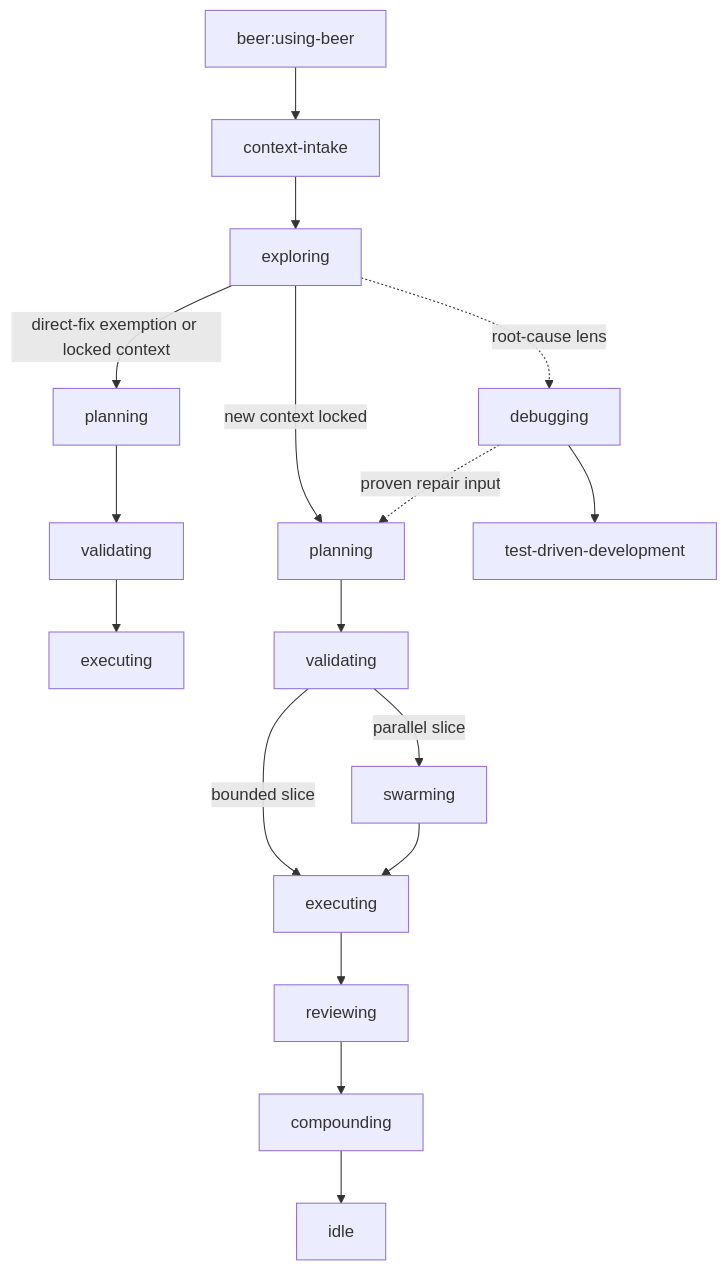
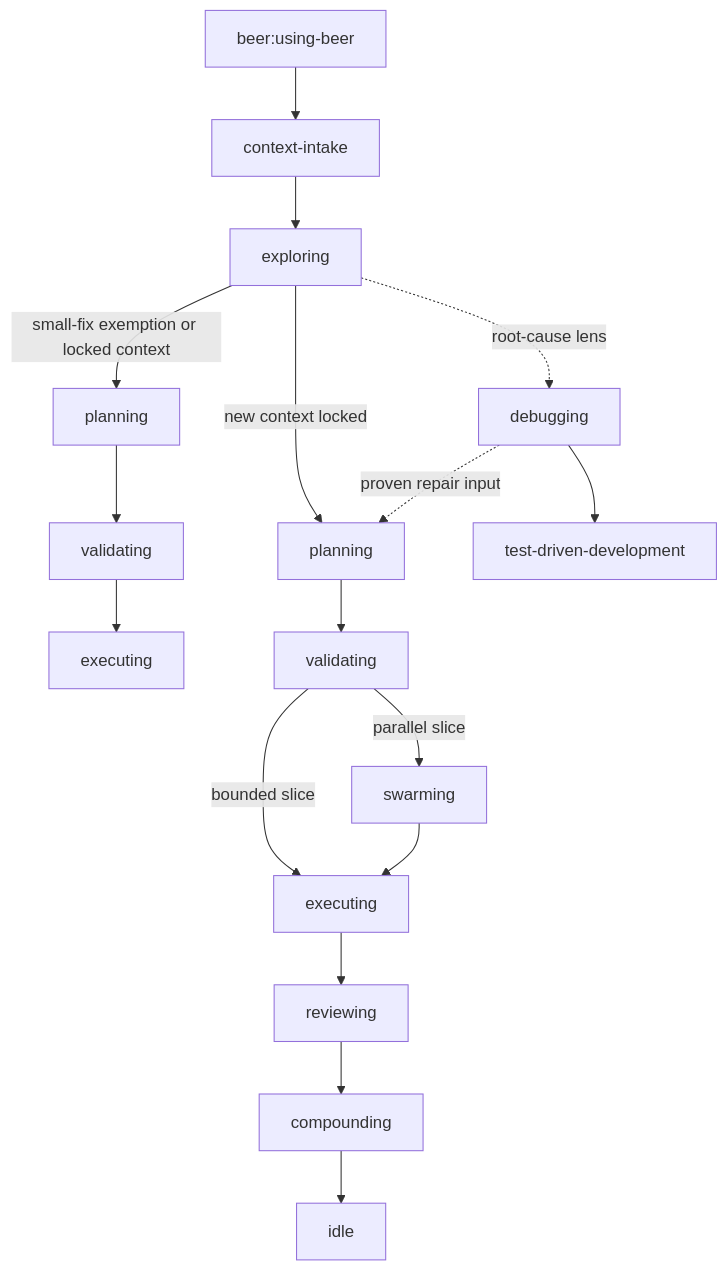
Before and after one commit to Huy-04/beer-skills: the diagram in README.md, drawn with Mermaid. The commit also changed 261 other files, not shown here.

````diff
--- a/README.md
+++ b/README.md
@@ -104,20 +104,20 @@
 ```mermaid
 flowchart TD
     U[beer:using-beer] --> C[context-intake]
     C --> X[exploring]
-    X -->|direct-fix exemption or locked context| P[planning]
+    X -->|small-fix exemption or locked context| P[planning]
     X -->|new context locked| P2[planning]
     P --> V[validating]
     V --> E[executing]
     P2 --> V2[validating]
     V2 -->|bounded slice| E2[executing]
     V2 -->|parallel slice| S[swarming]
     S --> E2
     E2 --> R[reviewing]
     R --> O[compounding]
     O --> I[idle]
 
     X -. root-cause lens .-> D[debugging]
     D --> T[test-driven-development]
     D -. proven repair input .-> P2
 ```
````
